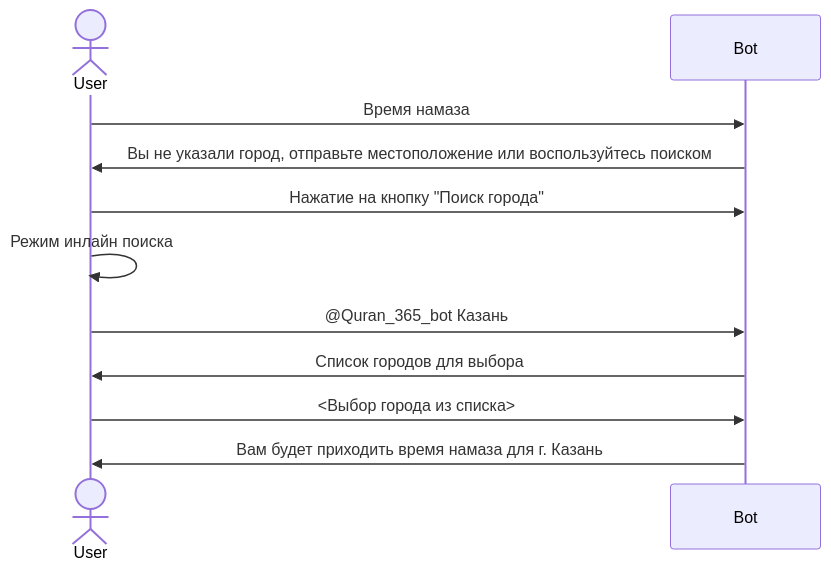
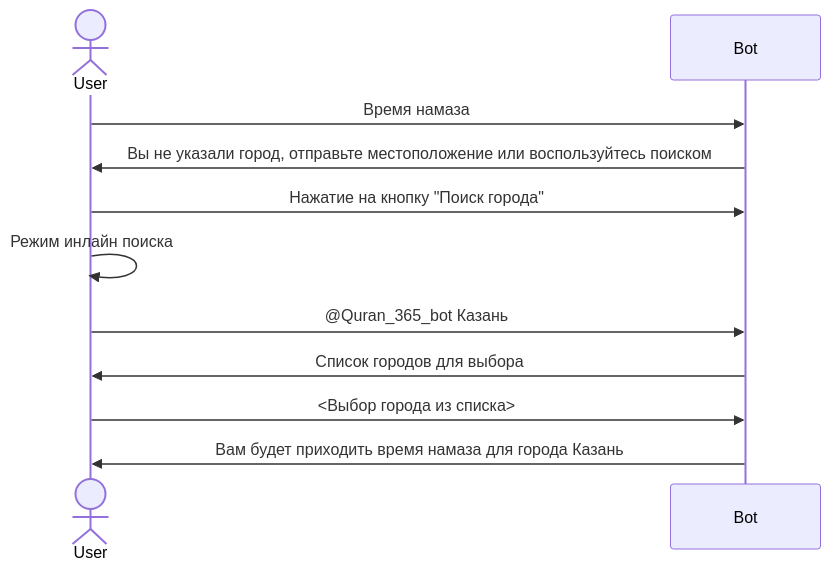
The second of 2 diagrams in docs/prayers.md (blablatdinov/tg-quranbot), drawn with Mermaid before and after one commit. The commit also changed other lines of this file, not shown here.

Commit message:
Update prayers docs

````diff
--- a/docs/prayers.md
+++ b/docs/prayers.md
@@ -22,12 +22,12 @@
 ```mermaid
 sequenceDiagram
     actor User
     User->>Bot: Время намаза
     Bot->>User: Вы не указали город, отправьте местоположение или воспользуйтесь поиском
     User->>Bot: Нажатие на кнопку "Поиск города"
     User->>User: Режим инлайн поиска
     User->>Bot: @Quran_365_bot Казань
     Bot->>User: Список городов для выбора
     User->>Bot: <Выбор города из списка>
-    Bot->>User: Вам будет приходить время намаза для г. Казань
+    Bot->>User: Вам будет приходить время намаза для города Казань
 ```
````
